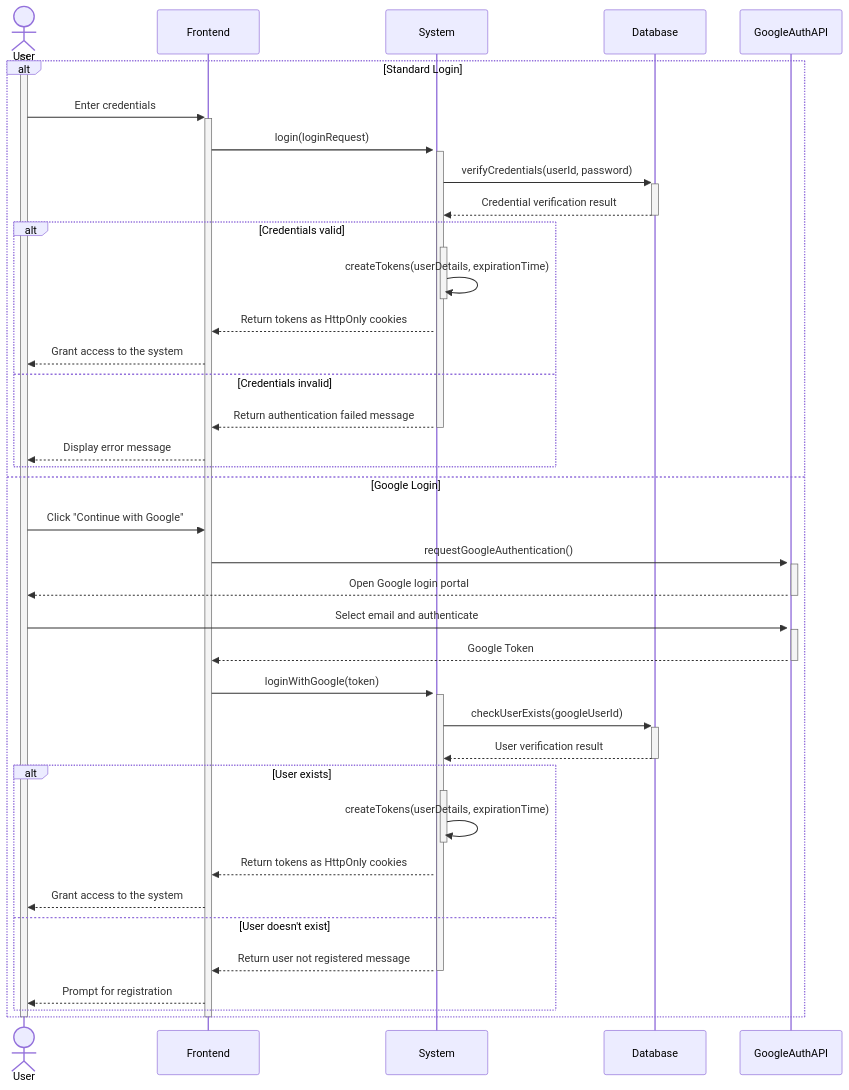
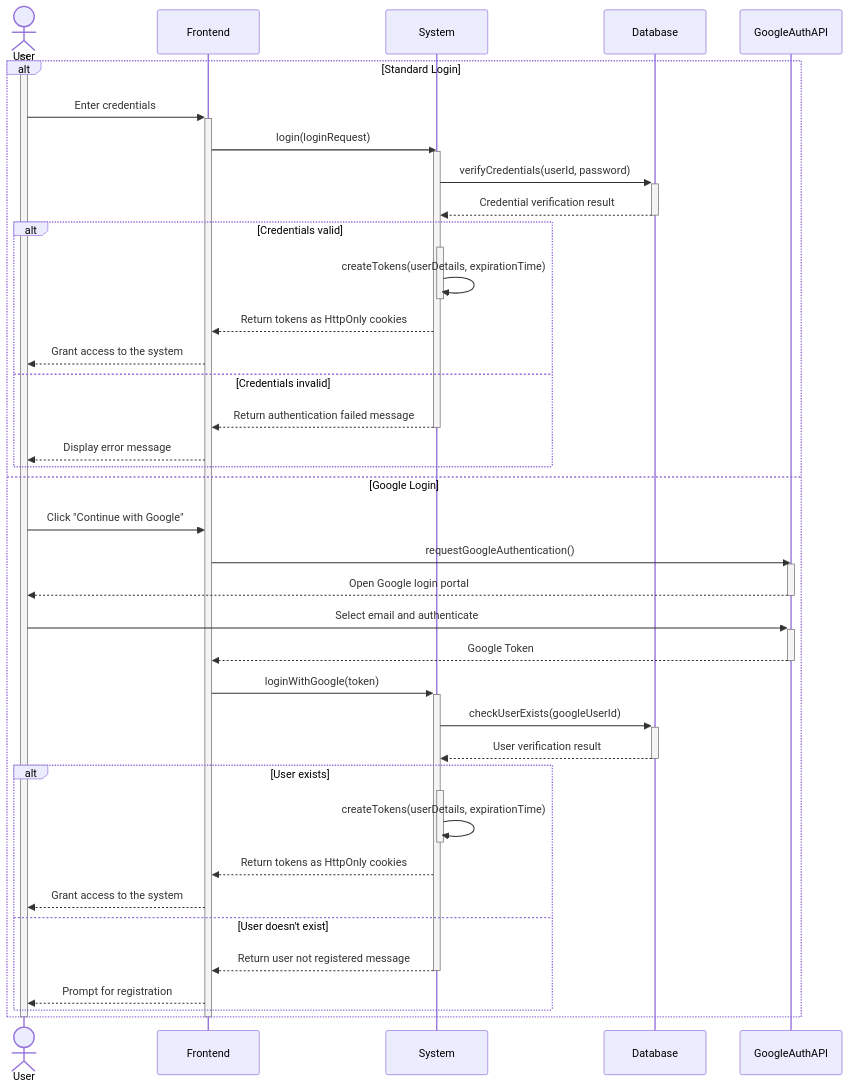
One commit to Shaar03/Diagrams changed the diagram in login.mermaid. Above: the diagram before and after it, drawn with Mermaid.

```diff
--- a/login.mermaid
+++ b/login.mermaid
@@ -1,50 +1,50 @@
 sequenceDiagram
     actor User
     participant Frontend
     participant System
     participant Database
     participant GoogleAuthAPI
 
     activate User
     alt Standard Login
         User->>+Frontend: Enter credentials
-        Frontend->>+System: login(loginRequest)
+        Frontend->>System: login(loginRequest)
         activate System
         System->>+Database: verifyCredentials(userId, password)
         Database-->>-System: Credential verification result
         alt Credentials valid
             activate System
             System->>System: createTokens(userDetails, expirationTime)
             deactivate System
             System-->>Frontend: Return tokens as HttpOnly cookies
             Frontend-->>User: Grant access to the system
         else Credentials invalid
             System-->>Frontend: Return authentication failed message
             deactivate System
             Frontend-->>User: Display error message
         end
     else Google Login
         User->>Frontend: Click "Continue with Google"
-        Frontend->>+GoogleAuthAPI: requestGoogleAuthentication()
+        Frontend->>GoogleAuthAPI: requestGoogleAuthentication()
         activate GoogleAuthAPI
         GoogleAuthAPI-->>User: Open Google login portal
         deactivate GoogleAuthAPI
         User->>+GoogleAuthAPI: Select email and authenticate
         GoogleAuthAPI-->>-Frontend: Google Token
         Frontend->>+System: loginWithGoogle(token)
         System->>+Database: checkUserExists(googleUserId)
         Database-->>-System: User verification result
         alt User exists
             activate System
             System->>System: createTokens(userDetails, expirationTime)
             deactivate System
             System-->>Frontend: Return tokens as HttpOnly cookies
             Frontend-->>User: Grant access to the system
         else User doesn't exist
             System-->>Frontend: Return user not registered message
             deactivate System
             Frontend-->>User: Prompt for registration
         end
     end
     deactivate Frontend
     deactivate User
```
